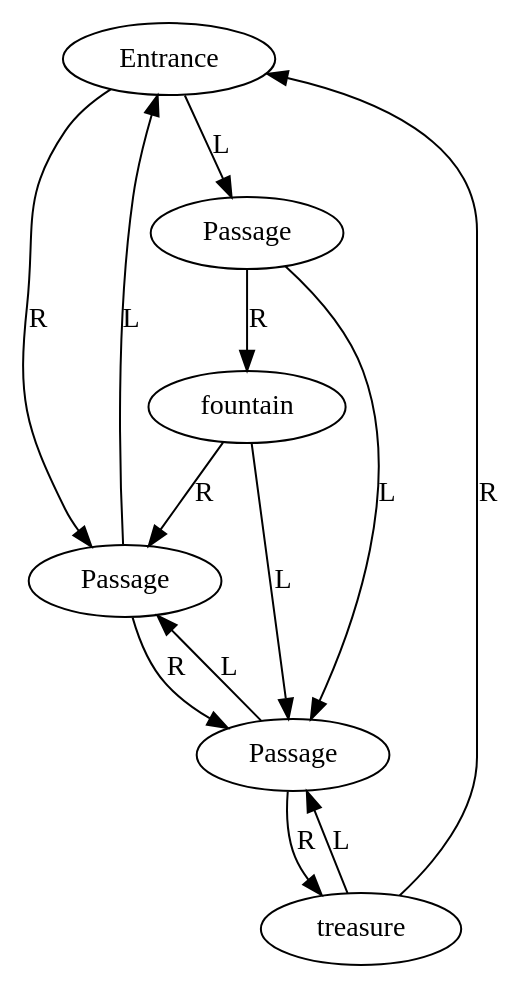
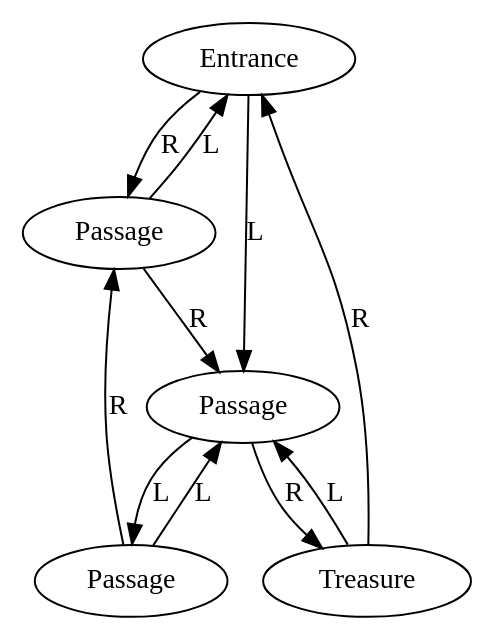
The diagram in mazes/complex.dot (DRMacIver/misc-talks), drawn with Graphviz before and after one commit. The commit also changed 34 other files, not shown here.

```diff
--- a/mazes/complex.dot
+++ b/mazes/complex.dot
@@ -1,27 +1,22 @@
 digraph intro {
-    Entrance[label="Entrance"];
+    Entrance[label="Entrance", pos="5,5!"];
     A[label="Passage"];
     B[label="Passage"];
-    C[label="Passage"];
-	fountain[label="fountain"];
-	treasure[label="treasure"];
+	C[label="Passage"];
+	treasure[label="Treasure"];
 
-    Entrance -> C [label="L"];
+    Entrance -> B [label="L"];
     Entrance -> A [label="R"];
 
     A -> Entrance [label="L"];
     A -> B [label="R"];
 
-    B -> A [label="L"];
+    B -> C [label="L"];
     B -> treasure [label="R"];
 
     C -> B [label="L"];
-    C -> fountain [label="R"];
-
-    fountain -> B [label="L"];
-	fountain -> A [label="R"];
+	C -> A [label="R"];
 
 	treasure -> B [label="L"];
 	treasure -> Entrance [label="R"];
-
 }
```
